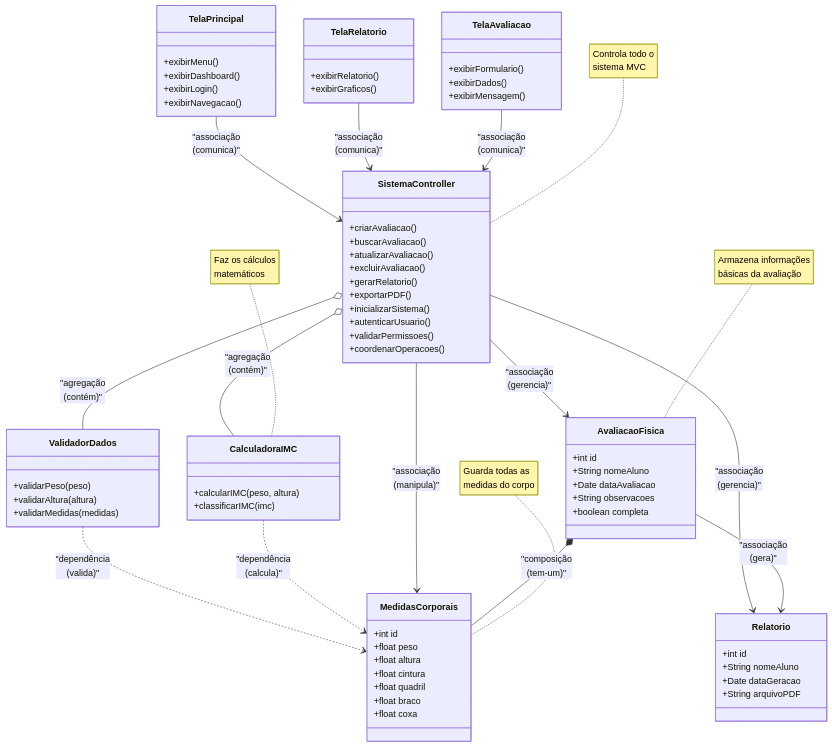
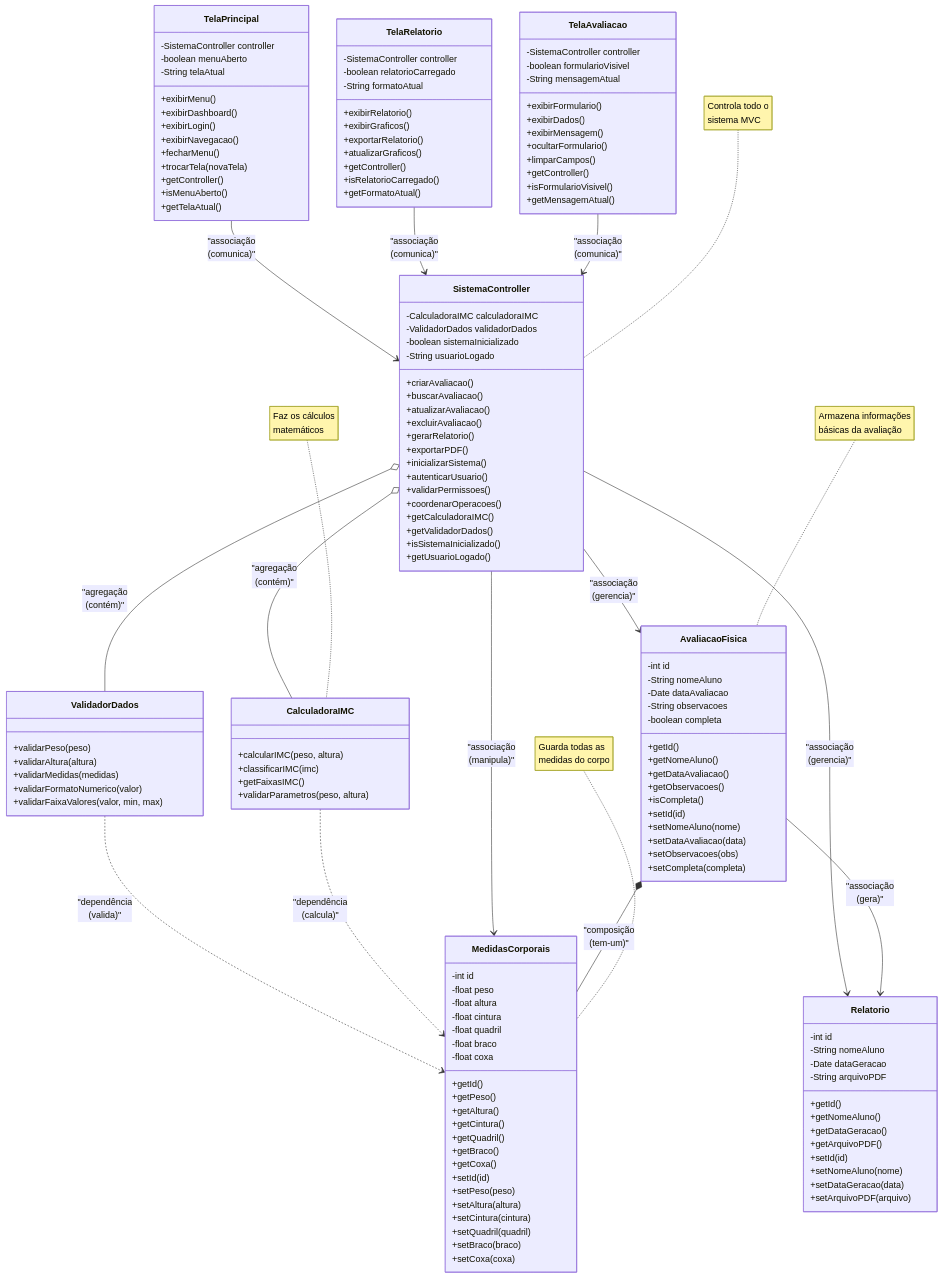
The diagram in diagrama_classes.md (elainefabiola/Registro-de-evolu-o-f-sica), drawn with Mermaid before and after one commit. The commit also changed other lines of this file, not shown here.

Commit message:
UPDATE: Digrama de classe

```diff
--- a/diagrama_classes.md
+++ b/diagrama_classes.md
@@ -9,28 +9,60 @@
     %% Aqui ficam as informações que o sistema guarda
     
     class AvaliacaoFisica {
-        +int id
-        +String nomeAluno
-        +Date dataAvaliacao
-        +String observacoes
-        +boolean completa
+        -int id
+        -String nomeAluno
+        -Date dataAvaliacao
+        -String observacoes
+        -boolean completa
+        +getId()
+        +getNomeAluno()
+        +getDataAvaliacao()
+        +getObservacoes()
+        +isCompleta()
+        +setId(id)
+        +setNomeAluno(nome)
+        +setDataAvaliacao(data)
+        +setObservacoes(obs)
+        +setCompleta(completa)
     }
 
     class MedidasCorporais {
-        +int id
-        +float peso
-        +float altura
-        +float cintura
-        +float quadril
-        +float braco
-        +float coxa
+        -int id
+        -float peso
+        -float altura
+        -float cintura
+        -float quadril
+        -float braco
+        -float coxa
+        +getId()
+        +getPeso()
+        +getAltura()
+        +getCintura()
+        +getQuadril()
+        +getBraco()
+        +getCoxa()
+        +setId(id)
+        +setPeso(peso)
+        +setAltura(altura)
+        +setCintura(cintura)
+        +setQuadril(quadril)
+        +setBraco(braco)
+        +setCoxa(coxa)
     }
 
     class Relatorio {
-        +int id
-        +String nomeAluno
-        +Date dataGeracao
-        +String arquivoPDF
+        -int id
+        -String nomeAluno
+        -Date dataGeracao
+        -String arquivoPDF
+        +getId()
+        +getNomeAluno()
+        +getDataGeracao()
+        +getArquivoPDF()
+        +setId(id)
+        +setNomeAluno(nome)
+        +setDataGeracao(data)
+        +setArquivoPDF(arquivo)
     }
 
     %% ===== LÓGICA DE NEGÓCIO (SERVICES) =====
@@ -39,18 +71,26 @@
     class CalculadoraIMC {
         +calcularIMC(peso, altura)
         +classificarIMC(imc)
+        +getFaixasIMC()
+        +validarParametros(peso, altura)
     }
 
     class ValidadorDados {
         +validarPeso(peso)
         +validarAltura(altura)
         +validarMedidas(medidas)
+        +validarFormatoNumerico(valor)
+        +validarFaixaValores(valor, min, max)
     }
 
     %% ===== CONTROLE (CONTROLLER) =====
     %% Aqui ficam as operações principais
     
     class SistemaController {
+        -CalculadoraIMC calculadoraIMC
+        -ValidadorDados validadorDados
+        -boolean sistemaInicializado
+        -String usuarioLogado
         +criarAvaliacao()
         +buscarAvaliacao()
         +atualizarAvaliacao()
@@ -61,27 +101,55 @@
         +autenticarUsuario()
         +validarPermissoes()
         +coordenarOperacoes()
+        +getCalculadoraIMC()
+        +getValidadorDados()
+        +isSistemaInicializado()
+        +getUsuarioLogado()
     }
 
     %% ===== INTERFACE (VIEW) =====
     %% Aqui ficam as telas que o usuário vê
     
     class TelaAvaliacao {
+        -SistemaController controller
+        -boolean formularioVisivel
+        -String mensagemAtual
         +exibirFormulario()
         +exibirDados()
         +exibirMensagem()
+        +ocultarFormulario()
+        +limparCampos()
+        +getController()
+        +isFormularioVisivel()
+        +getMensagemAtual()
     }
 
     class TelaRelatorio {
+        -SistemaController controller
+        -boolean relatorioCarregado
+        -String formatoAtual
         +exibirRelatorio()
         +exibirGraficos()
+        +exportarRelatorio()
+        +atualizarGraficos()
+        +getController()
+        +isRelatorioCarregado()
+        +getFormatoAtual()
     }
 
     class TelaPrincipal {
+        -SistemaController controller
+        -boolean menuAberto
+        -String telaAtual
         +exibirMenu()
         +exibirDashboard()
         +exibirLogin()
         +exibirNavegacao()
+        +fecharMenu()
+        +trocarTela(novaTela)
+        +getController()
+        +isMenuAberto()
+        +getTelaAtual()
     }
 
     %% ===== RELACIONAMENTOS MVC =====
```
